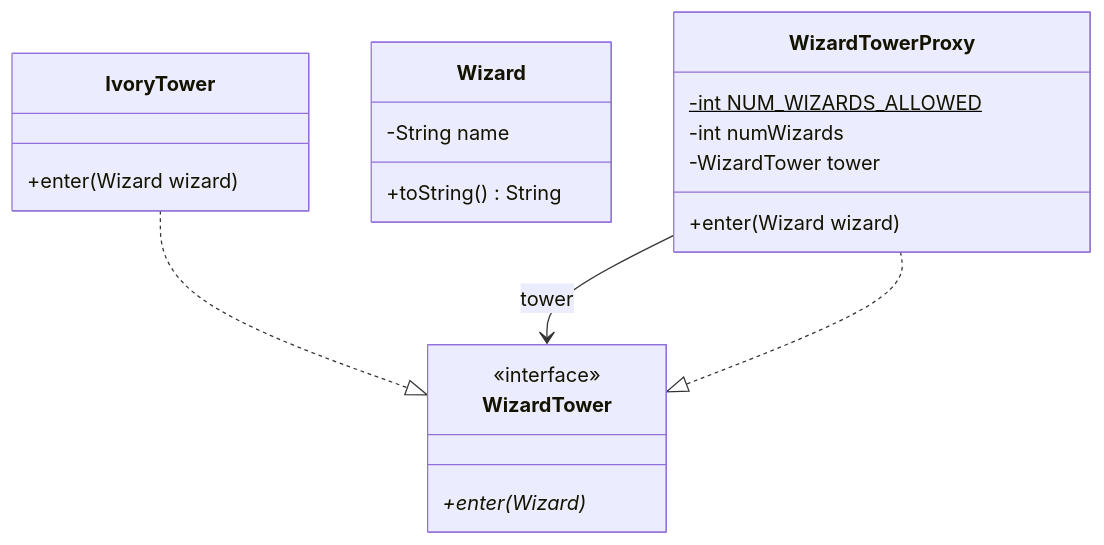
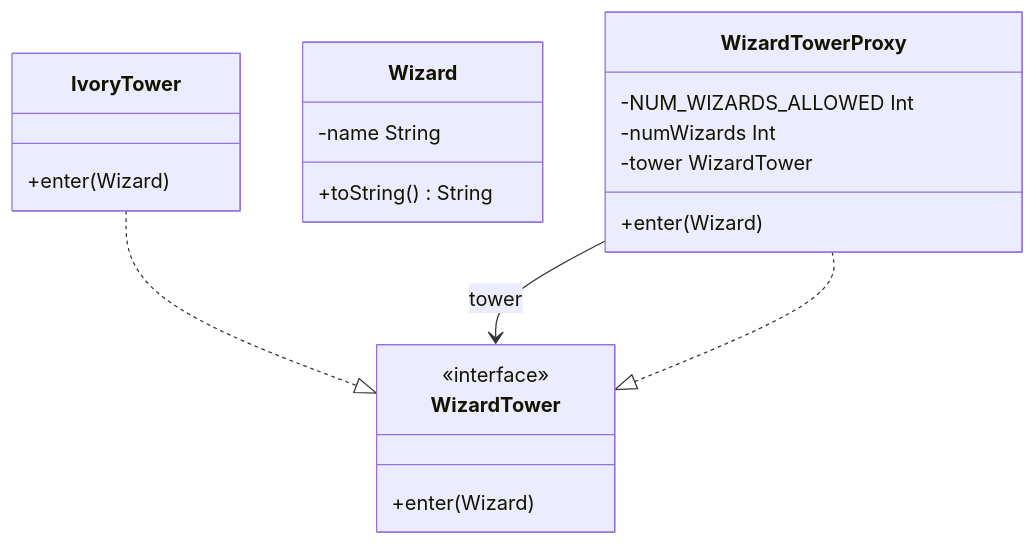
The second of 2 diagrams in proxy/README.md (yonatankarp/kotlin-design-patterns), drawn with Mermaid before and after one commit. The commit also changed other lines of this file and 3 other files, not shown here.

````diff
--- a/proxy/README.md
+++ b/proxy/README.md
@@ -110,23 +144,23 @@
 ```mermaid
 classDiagram
     class WizardTower {
         <<interface>>
-        +enter(Wizard)*
+        +enter(Wizard)
     }
     class IvoryTower {
-        +enter(Wizard wizard)
+        +enter(Wizard)
     }
     class Wizard {
-        -String name
+        -name String
         +toString() String
     }
     class WizardTowerProxy {
-        -int NUM_WIZARDS_ALLOWED$
-        -int numWizards
-        -WizardTower tower
-        +enter(Wizard wizard)
+        -NUM_WIZARDS_ALLOWED Int
+        -numWizards Int
+        -tower WizardTower
+        +enter(Wizard)
     }
     WizardTowerProxy --> WizardTower : tower
     IvoryTower ..|> WizardTower
     WizardTowerProxy ..|> WizardTower
 ```
````
